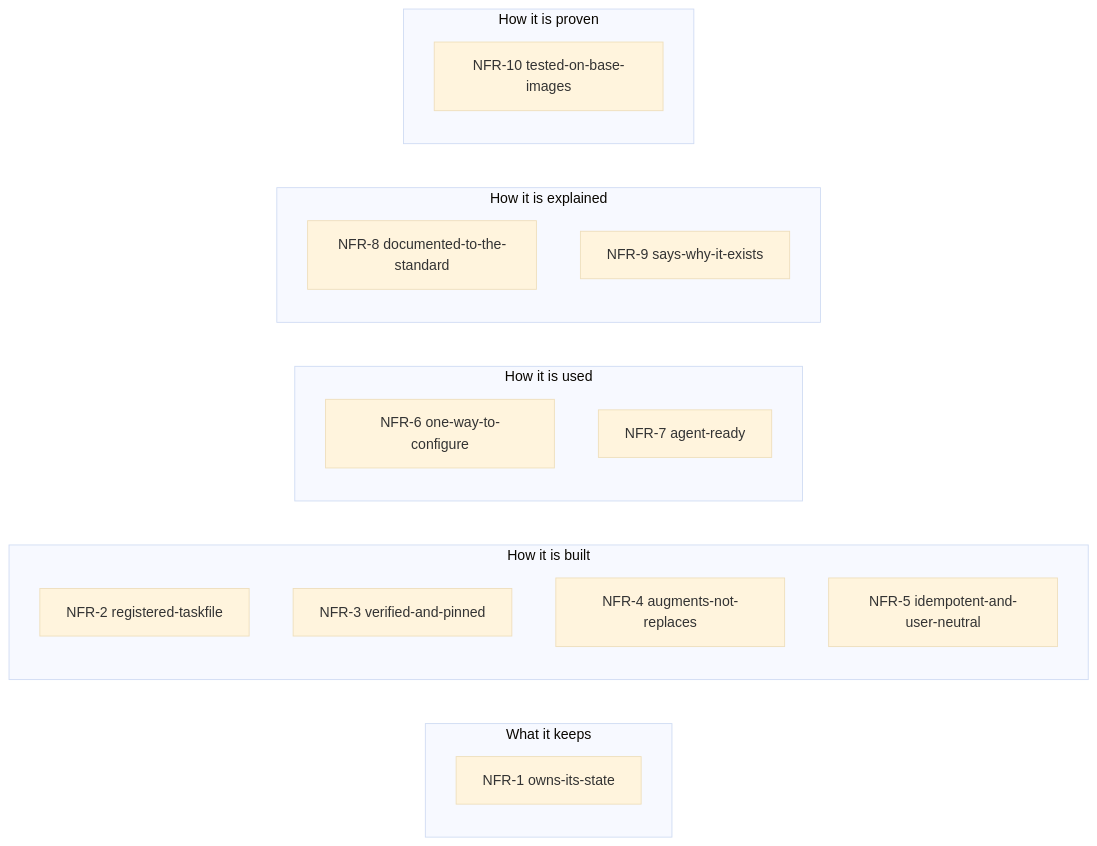
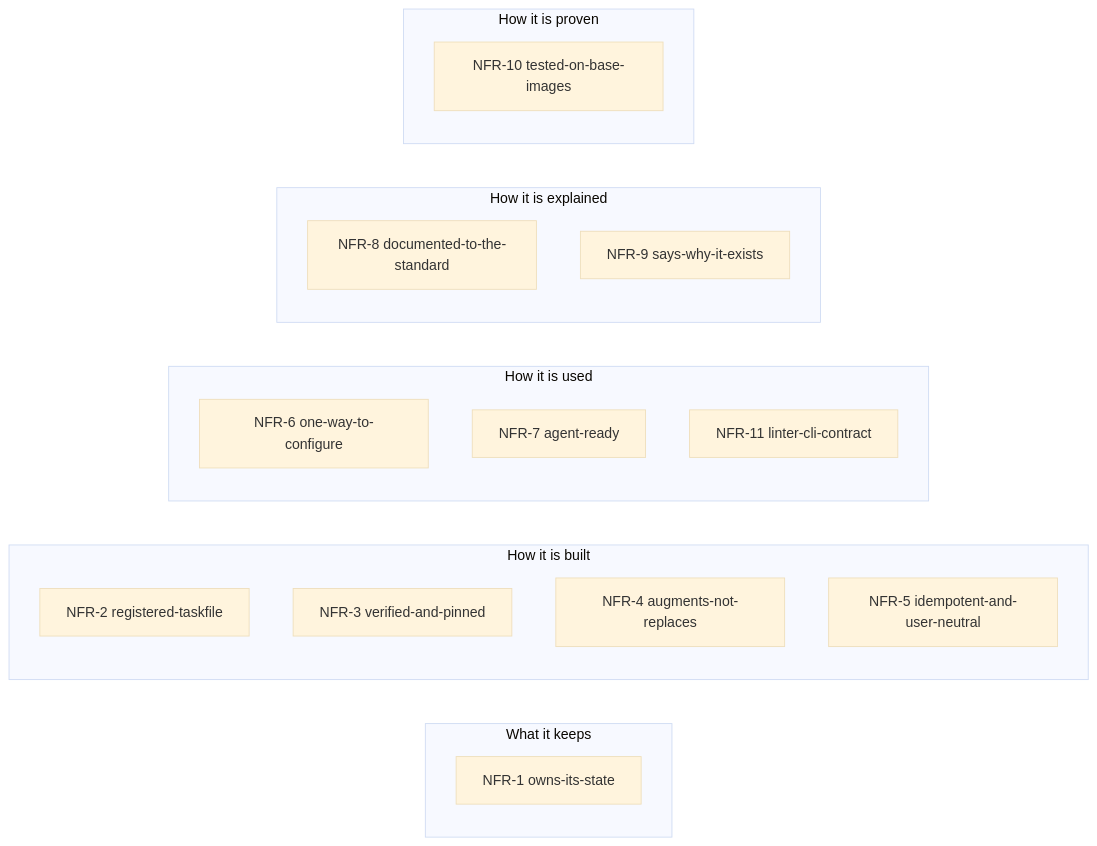
Before and after one commit to nabil-becker/devcontainer-features: the first of 3 diagrams in docs/principles/non-functional-requirements.md, drawn with Mermaid (base theme). The commit also changed other lines of this file and 9 other files, not shown here.

````diff
--- a/docs/principles/non-functional-requirements.md
+++ b/docs/principles/non-functional-requirements.md
@@ -13,23 +13,24 @@
 ```mermaid
 flowchart LR
   subgraph state["What it keeps"]
     nfr1["NFR-1 owns-its-state"]
   end
   subgraph built["How it is built"]
     nfr2["NFR-2 registered-taskfile"]
     nfr3["NFR-3 verified-and-pinned"]
     nfr4["NFR-4 augments-not-replaces"]
     nfr5["NFR-5 idempotent-and-user-neutral"]
   end
   subgraph used["How it is used"]
     nfr6["NFR-6 one-way-to-configure"]
     nfr7["NFR-7 agent-ready"]
+    nfr11["NFR-11 linter-cli-contract"]
   end
   subgraph told["How it is explained"]
     nfr8["NFR-8 documented-to-the-standard"]
     nfr9["NFR-9 says-why-it-exists"]
   end
   subgraph proved["How it is proven"]
     nfr10["NFR-10 tested-on-base-images"]
   end
 ```
````
